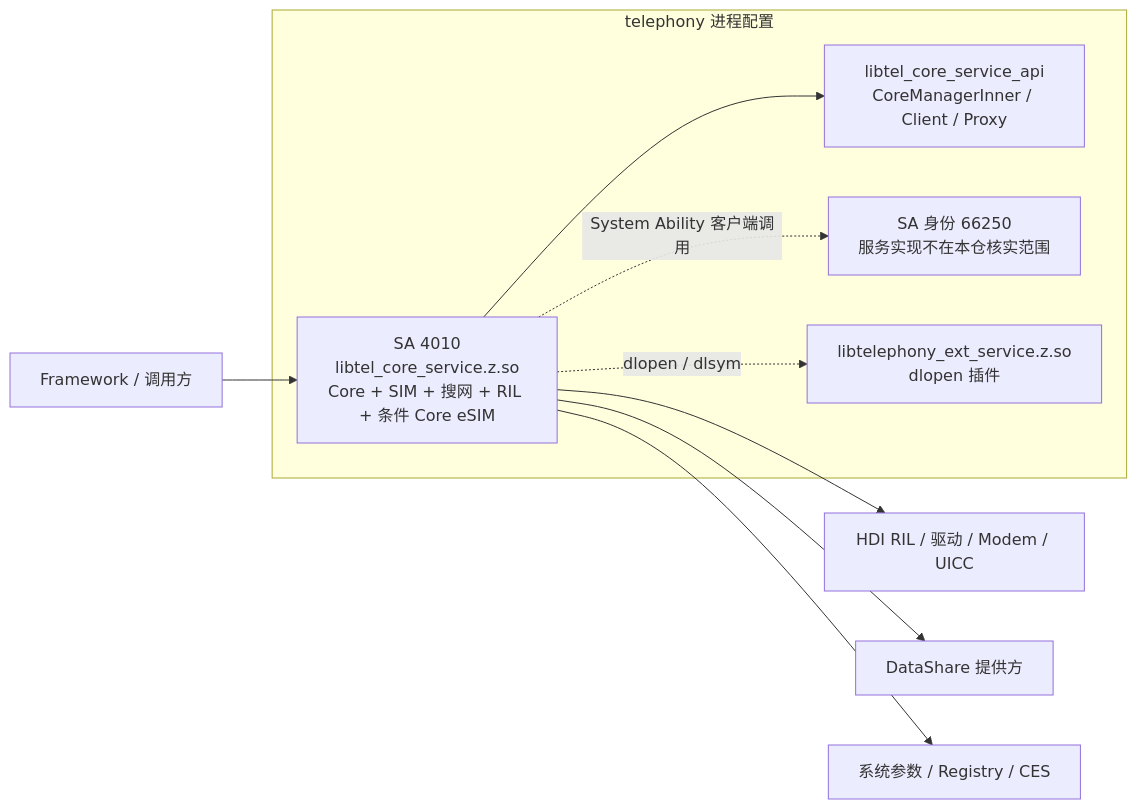
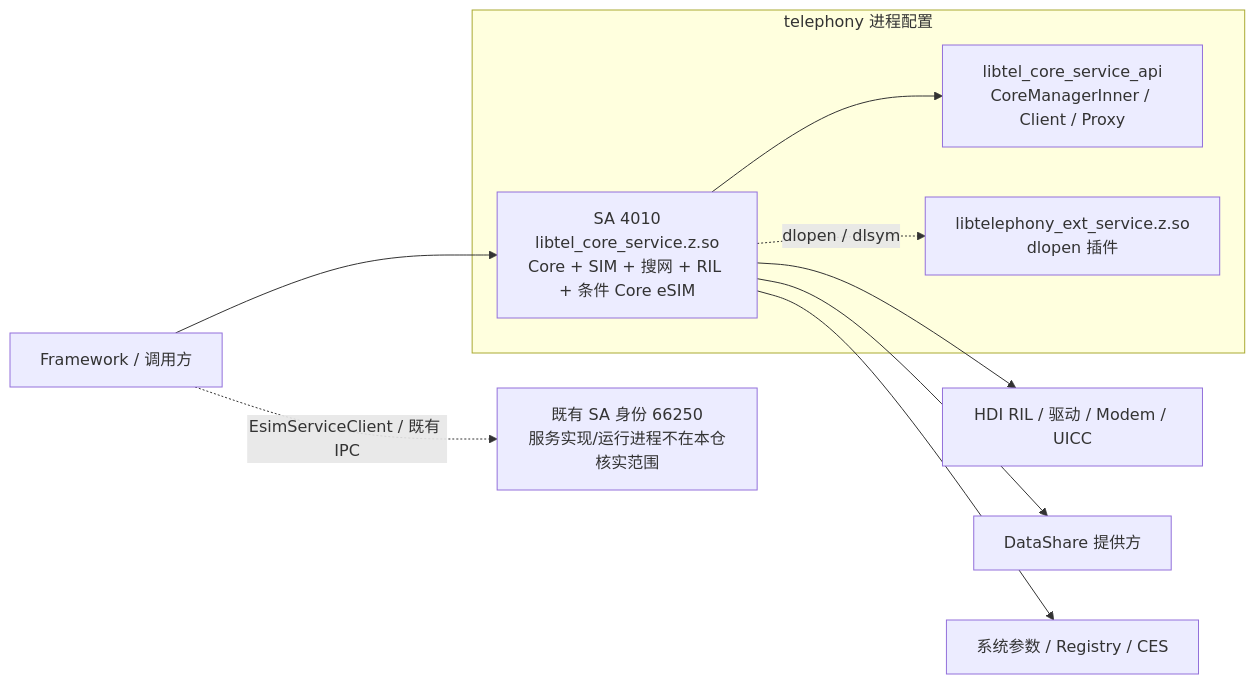
Before and after one commit to zjuluowu/multisim: the fourth of 6 diagrams in telephony_core_service/docs/SIM_Architecture_Layering_and_Migration_Design.md, drawn with Mermaid. The commit also changed other lines of this file, not shown here.

Commit message:
docs: add blueprint-based SIM architecture sections

````diff
--- a/telephony_core_service/docs/SIM_Architecture_Layering_and_Migration_Design.md
+++ b/telephony_core_service/docs/SIM_Architecture_Layering_and_Migration_Design.md
@@ -115,16 +352,15 @@
 ```mermaid
 flowchart LR
     APP["Framework / 调用方"] --> SA4010
     subgraph TELEPHONY["telephony 进程配置"]
         SA4010["SA 4010<br/>libtel_core_service.z.so<br/>Core + SIM + 搜网 + RIL + 条件 Core eSIM"]
         API["libtel_core_service_api<br/>CoreManagerInner / Client / Proxy"]
-        SA66250["SA 身份 66250<br/>服务实现不在本仓核实范围"]
         EXT["libtelephony_ext_service.z.so<br/>dlopen 插件"]
         SA4010 --> API
-        SA4010 -.System Ability 客户端调用.-> SA66250
         SA4010 -.dlopen / dlsym.-> EXT
     end
+    APP -.EsimServiceClient / 既有 IPC.-> SA66250["既有 SA 身份 66250<br/>服务实现/运行进程不在本仓核实范围"]
     SA4010 --> HDI["HDI RIL / 驱动 / Modem / UICC"]
     SA4010 --> DS["DataShare 提供方"]
     SA4010 --> SYS["系统参数 / Registry / CES"]
 ```
````
